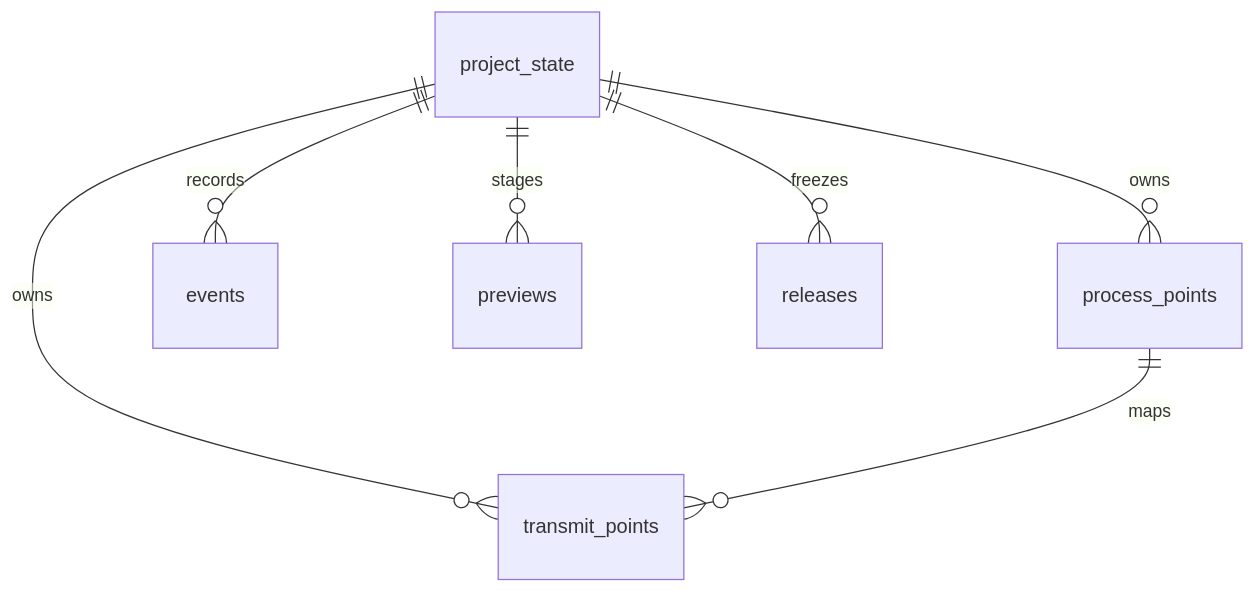
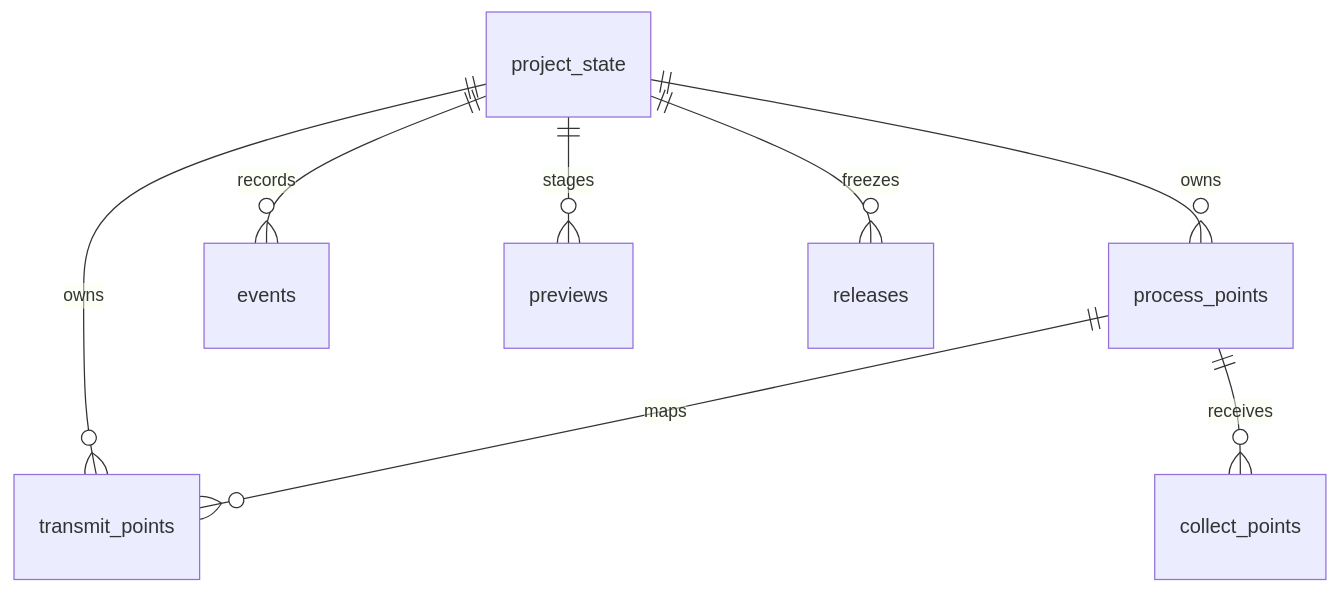
One commit to ryaaaaaan96/protocol_server changed the diagram in docs/architecture.md. Above: the diagram before and after it, drawn with Mermaid. The commit also changed other lines of this file and 46 other files, not shown here.

````diff
--- a/docs/architecture.md
+++ b/docs/architecture.md
@@ -53,9 +54,10 @@
 ```mermaid
 erDiagram
   project_state ||--o{ process_points : owns
   project_state ||--o{ transmit_points : owns
   process_points ||--o{ transmit_points : maps
+  process_points ||--o{ collect_points : receives
   project_state ||--o{ events : records
   project_state ||--o{ previews : stages
   project_state ||--o{ releases : freezes
 ```
````
